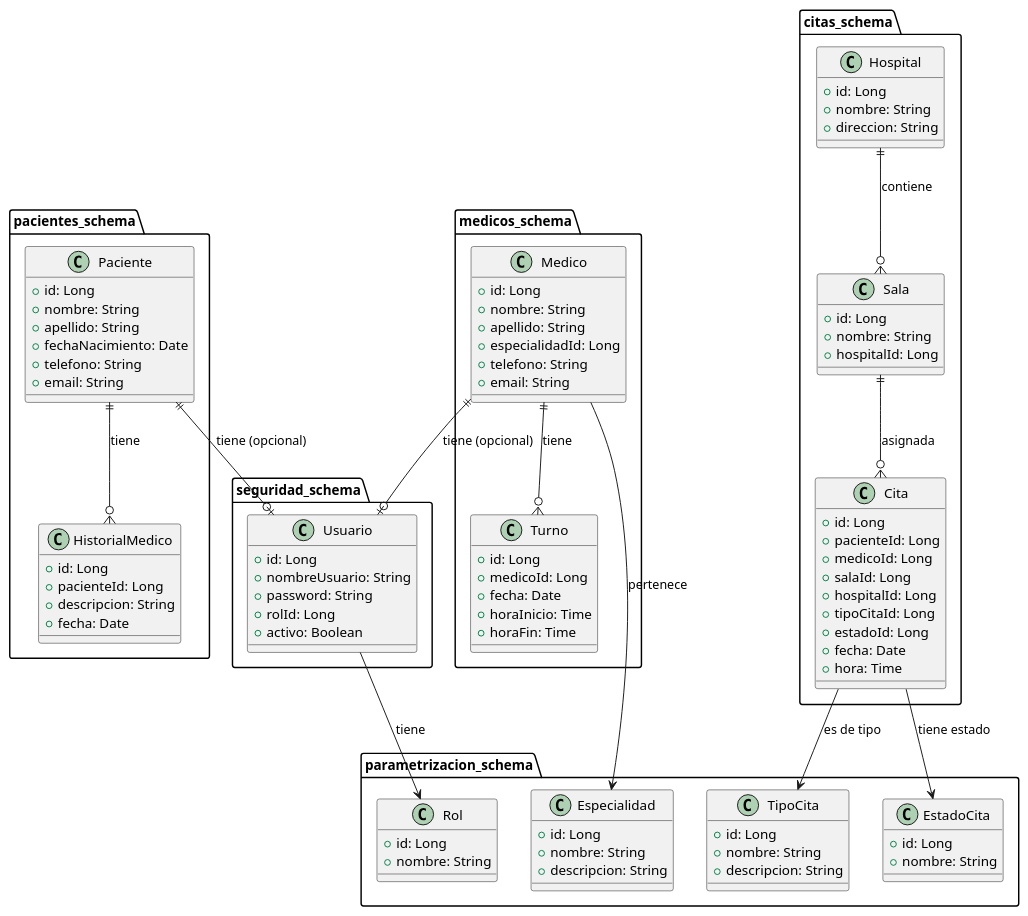
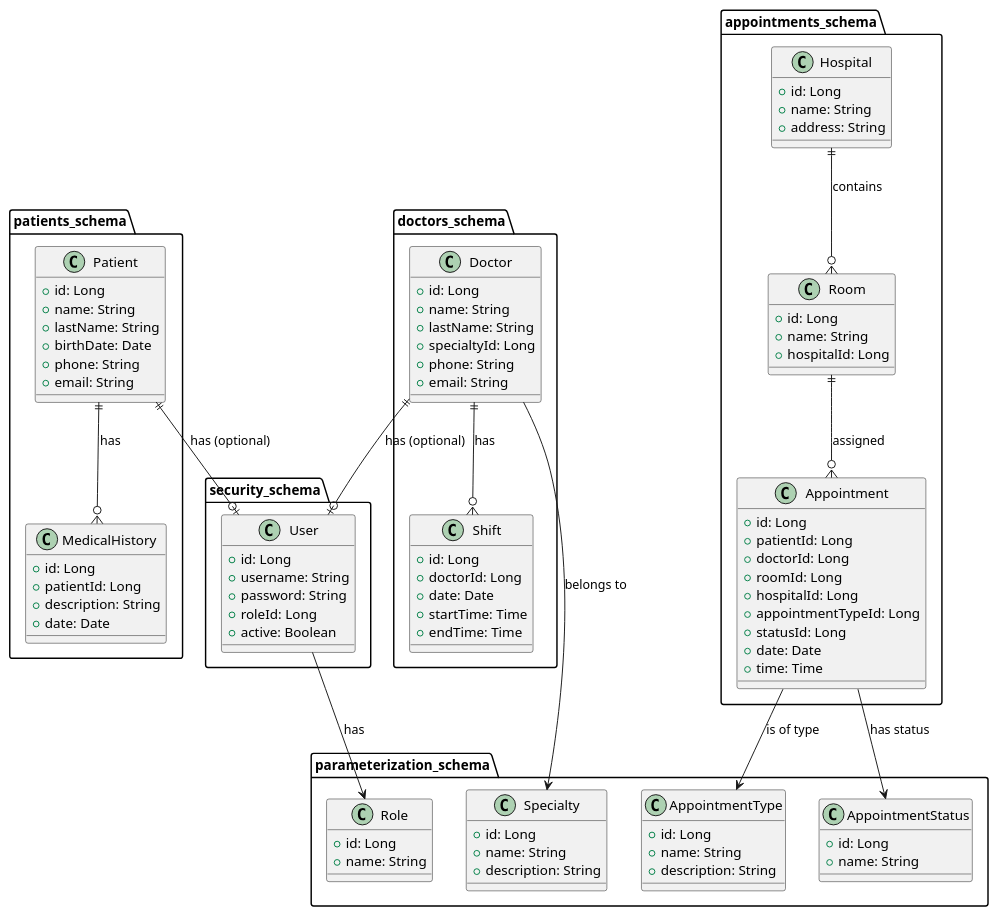
Before and after one commit to AFSB114/test-concept-adso-2899747: the diagram in docs/diagrams/class/clases.wsd, drawn with PlantUML. The commit also changed 11 other files, not shown here.

Commit message:
docs: translate all diagrams and documentation to English

```diff
--- a/docs/diagrams/class/clases.wsd
+++ b/docs/diagrams/class/clases.wsd
@@ -1,115 +1,115 @@
-@startuml MER - Modelo Entidad-Relación
+@startuml Entity-Relationship Model (MER)
 
-package "pacientes_schema" {
-    class Paciente {
+package "patients_schema" {
+    class Patient {
         +id: Long
-        +nombre: String
-        +apellido: String
-        +fechaNacimiento: Date
-        +telefono: String
+        +name: String
+        +lastName: String
+        +birthDate: Date
+        +phone: String
         +email: String
     }
 
-    class HistorialMedico {
+    class MedicalHistory {
         +id: Long
-        +pacienteId: Long
-        +descripcion: String
-        +fecha: Date
+        +patientId: Long
+        +description: String
+        +date: Date
     }
 
-    Paciente ||--o{ HistorialMedico : tiene
+    Patient ||--o{ MedicalHistory : has
 }
 
-package "medicos_schema" {
-    class Medico {
+package "doctors_schema" {
+    class Doctor {
         +id: Long
-        +nombre: String
-        +apellido: String
-        +especialidadId: Long
-        +telefono: String
+        +name: String
+        +lastName: String
+        +specialtyId: Long
+        +phone: String
         +email: String
     }
 
-    class Turno {
+    class Shift {
         +id: Long
-        +medicoId: Long
-        +fecha: Date
-        +horaInicio: Time
-        +horaFin: Time
+        +doctorId: Long
+        +date: Date
+        +startTime: Time
+        +endTime: Time
     }
 
-    Medico ||--o{ Turno : tiene
+    Doctor ||--o{ Shift : has
 }
 
-package "citas_schema" {
-    class Cita {
+package "appointments_schema" {
+    class Appointment {
         +id: Long
-        +pacienteId: Long
-        +medicoId: Long
-        +salaId: Long
+        +patientId: Long
+        +doctorId: Long
+        +roomId: Long
         +hospitalId: Long
-        +tipoCitaId: Long
-        +estadoId: Long
-        +fecha: Date
-        +hora: Time
+        +appointmentTypeId: Long
+        +statusId: Long
+        +date: Date
+        +time: Time
     }
 
-    class Sala {
+    class Room {
         +id: Long
-        +nombre: String
+        +name: String
         +hospitalId: Long
     }
 
     class Hospital {
         +id: Long
-        +nombre: String
-        +direccion: String
+        +name: String
+        +address: String
     }
 
-    Hospital ||--o{ Sala : contiene
-    Sala ||--o{ Cita : asignada
+    Hospital ||--o{ Room : contains
+    Room ||--o{ Appointment : assigned
 }
 
-package "parametrizacion_schema" {
-    class Rol {
+package "parameterization_schema" {
+    class Role {
         +id: Long
-        +nombre: String
+        +name: String
     }
 
-    class TipoCita {
+    class AppointmentType {
         +id: Long
-        +nombre: String
-        +descripcion: String
+        +name: String
+        +description: String
     }
 
-    class EstadoCita {
+    class AppointmentStatus {
         +id: Long
-        +nombre: String
+        +name: String
     }
 
-    class Especialidad {
+    class Specialty {
         +id: Long
-        +nombre: String
-        +descripcion: String
+        +name: String
+        +description: String
     }
 }
 
-package "seguridad_schema" {
-    class Usuario {
+package "security_schema" {
+    class User {
         +id: Long
-        +nombreUsuario: String
+        +username: String
         +password: String
-        +rolId: Long
-        +activo: Boolean
+        +roleId: Long
+        +active: Boolean
     }
 }
 
-' Relaciones entre esquemas
-Paciente ||--o| Usuario : tiene (opcional)
-Medico ||--o| Usuario : tiene (opcional)
-Usuario --> Rol : tiene
-Cita --> TipoCita : es de tipo
-Cita --> EstadoCita : tiene estado
-Medico --> Especialidad : pertenece
+' Relationships between schemas
+Patient ||--o| User : has (optional)
+Doctor ||--o| User : has (optional)
+User --> Role : has
+Appointment --> AppointmentType : is of type
+Appointment --> AppointmentStatus : has status
+Doctor --> Specialty : belongs to
 
 @enduml
```
